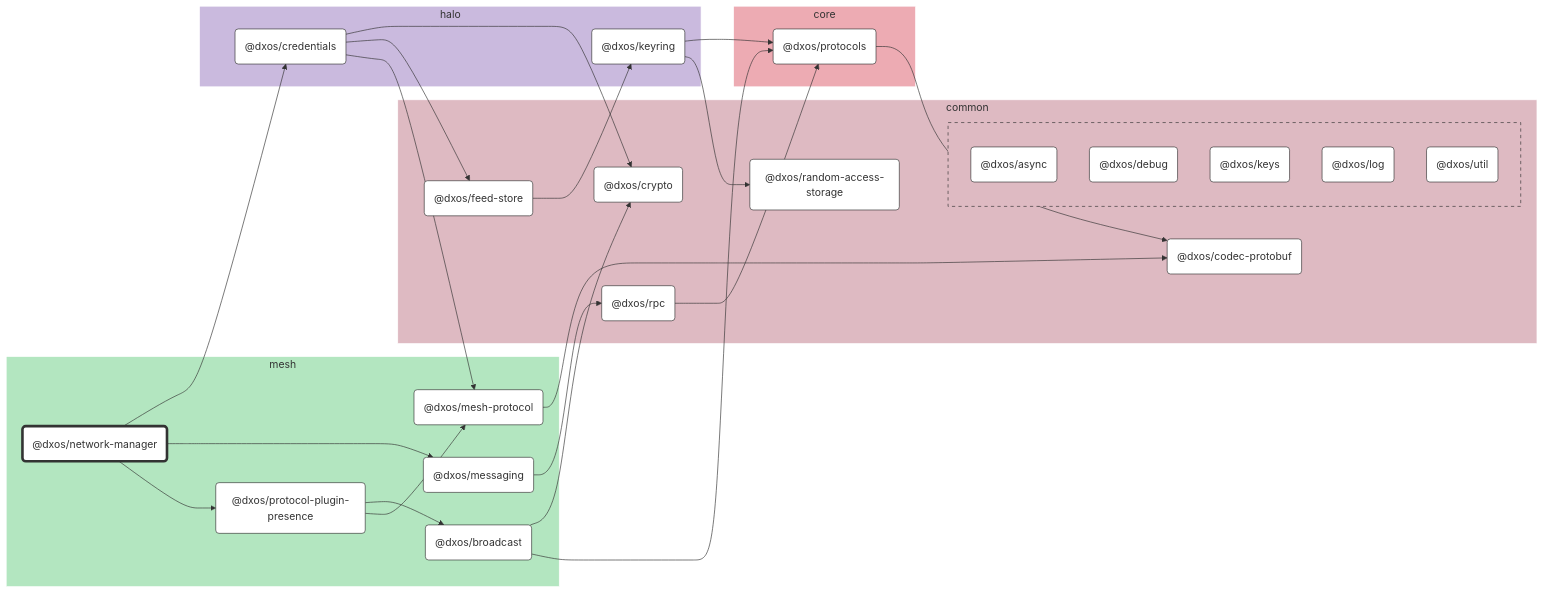
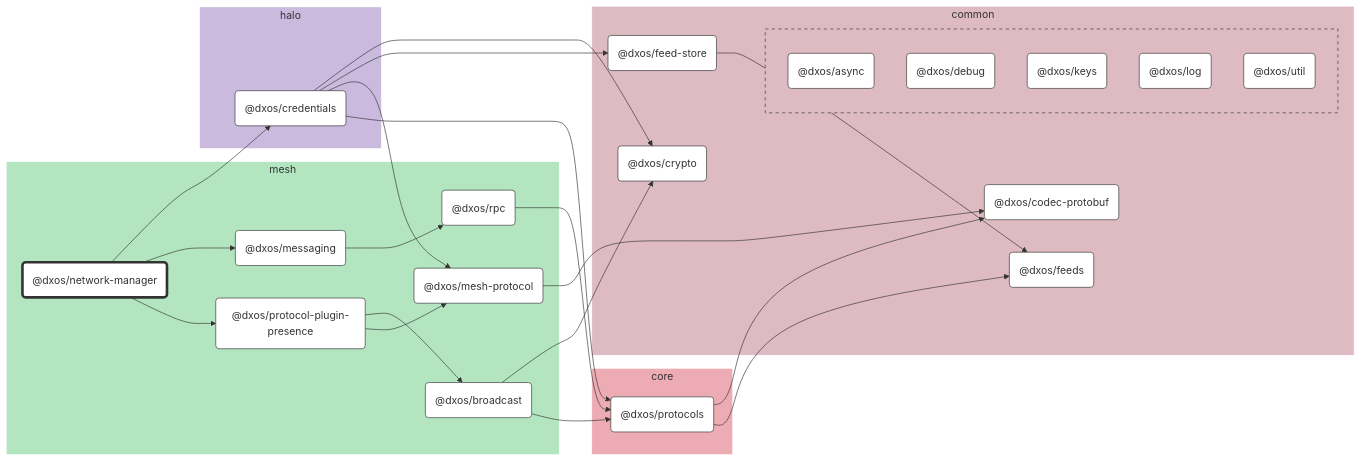
The diagram in packages/core/mesh/network-manager/docs/README.md (dxos/dxos), drawn with Mermaid before and after one commit. The commit also changed other lines of this file and 64 other files, not shown here.

```diff
--- a/packages/core/mesh/network-manager/docs/README.md
+++ b/packages/core/mesh/network-manager/docs/README.md
@@ -23,6 +23,8 @@
   click dxos/mesh-protocol "dxos/dxos/tree/main/packages/core/mesh/mesh-protocol/docs"
   dxos/messaging("@dxos/messaging"):::def
   click dxos/messaging "dxos/dxos/tree/main/packages/core/mesh/messaging/docs"
+  dxos/rpc("@dxos/rpc"):::def
+  click dxos/rpc "dxos/dxos/tree/main/packages/core/mesh/rpc/docs"
   dxos/protocol-plugin-presence("@dxos/protocol-plugin-presence"):::def
   click dxos/protocol-plugin-presence "dxos/dxos/tree/main/packages/core/mesh/protocol-plugin-presence/docs"
   dxos/broadcast("@dxos/broadcast"):::def
@@ -37,10 +39,8 @@
   click dxos/crypto "dxos/dxos/tree/main/packages/common/crypto/docs"
   dxos/feed-store("@dxos/feed-store"):::def
   click dxos/feed-store "dxos/dxos/tree/main/packages/common/feed-store/docs"
-  dxos/random-access-storage("@dxos/random-access-storage"):::def
-  click dxos/random-access-storage "dxos/dxos/tree/main/packages/common/random-access-storage/docs"
-  dxos/rpc("@dxos/rpc"):::def
-  click dxos/rpc "dxos/dxos/tree/main/packages/core/mesh/rpc/docs"
+  dxos/feeds("@dxos/feeds"):::def
+  click dxos/feeds "dxos/dxos/tree/main/packages/common/feeds/docs"
 
   subgraph common-excluded [ ]
     style common-excluded fill:#debac2,stroke:#333,stroke-dasharray:5 5
@@ -61,8 +61,6 @@
   style halo fill:#cabade,stroke:#fff
   dxos/credentials("@dxos/credentials"):::def
   click dxos/credentials "dxos/dxos/tree/main/packages/core/halo/credentials/docs"
-  dxos/keyring("@dxos/keyring"):::def
-  click dxos/keyring "dxos/dxos/tree/main/packages/core/halo/keyring/docs"
 end
 
 subgraph core [core]
@@ -76,12 +74,12 @@
 dxos/network-manager --> dxos/credentials
 dxos/credentials --> dxos/crypto
 dxos/credentials --> dxos/feed-store
-dxos/feed-store --> dxos/keyring
-dxos/keyring --> dxos/protocols
-dxos/protocols --> dxos/codec-protobuf
-dxos/keyring --> dxos/random-access-storage
+dxos/feed-store --> dxos/feeds
 dxos/credentials --> dxos/mesh-protocol
 dxos/mesh-protocol --> dxos/codec-protobuf
+dxos/credentials --> dxos/protocols
+dxos/protocols --> dxos/codec-protobuf
+dxos/protocols --> dxos/feeds
 dxos/network-manager --> dxos/messaging
 dxos/messaging --> dxos/rpc
 dxos/rpc --> dxos/protocols
```
